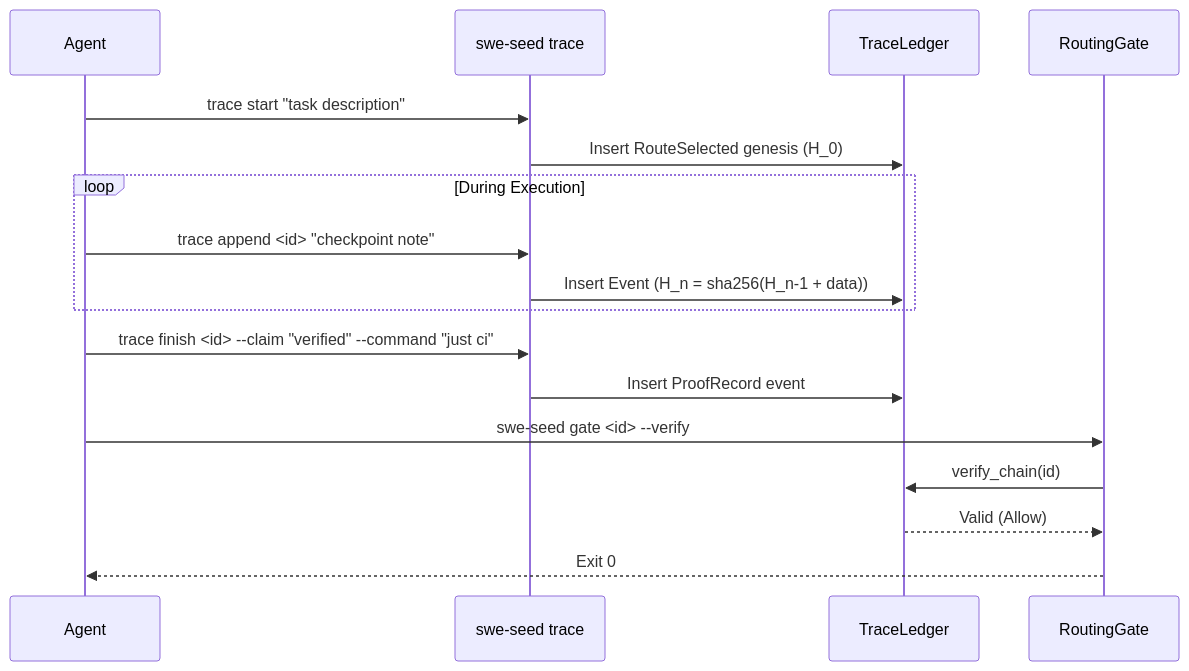
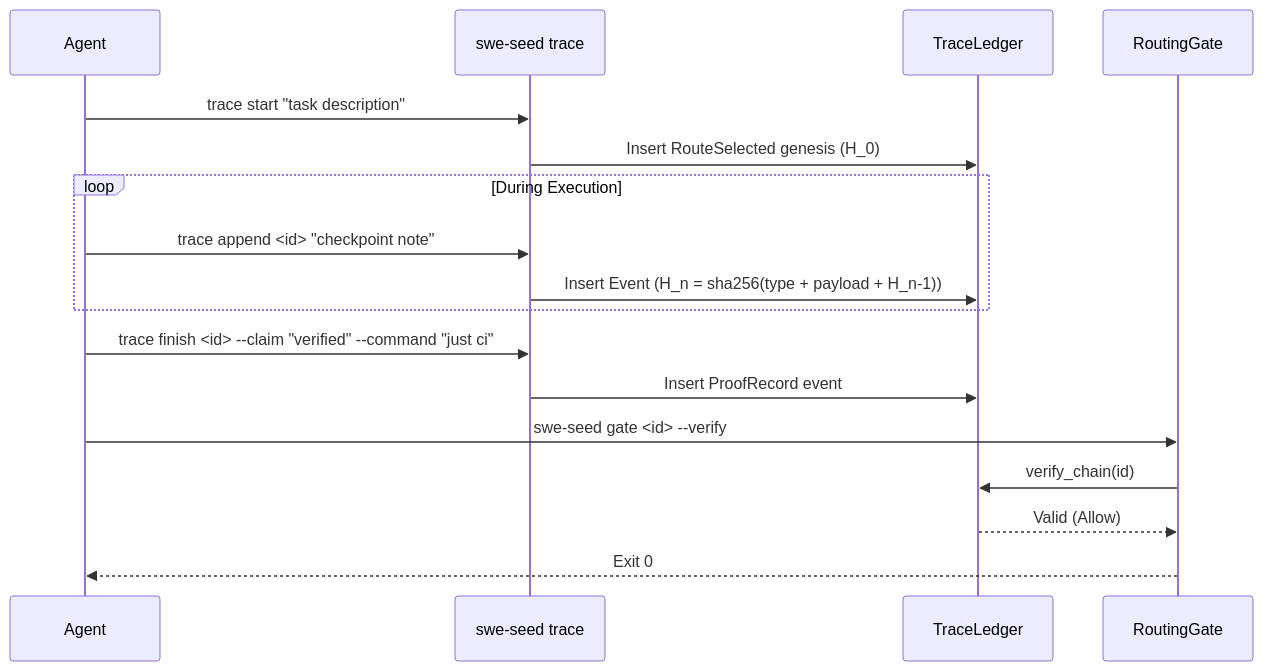
Before and after one commit to GodSpeedAI/swe_seed: the third of 3 diagrams in docs/subsystems/trace-ledger.md, drawn with Mermaid. The commit also changed other lines of this file and 29 other files, not shown here.

````diff
--- a/docs/subsystems/trace-ledger.md
+++ b/docs/subsystems/trace-ledger.md
@@ -91,23 +118,23 @@
 ```mermaid
 sequenceDiagram
     participant Agent
     participant CLI as swe-seed trace
     participant Ledger as TraceLedger
     participant Gate as RoutingGate
 
     Agent->>CLI: trace start "task description"
     CLI->>Ledger: Insert RouteSelected genesis (H_0)
 
     loop During Execution
         Agent->>CLI: trace append <id> "checkpoint note"
-        CLI->>Ledger: Insert Event (H_n = sha256(H_n-1 + data))
+        CLI->>Ledger: Insert Event (H_n = sha256(type + payload + H_n-1))
     end
 
     Agent->>CLI: trace finish <id> --claim "verified" --command "just ci"
     CLI->>Ledger: Insert ProofRecord event
 
     Agent->>Gate: swe-seed gate <id> --verify
     Gate->>Ledger: verify_chain(id)
     Ledger-->>Gate: Valid (Allow)
     Gate-->>Agent: Exit 0
 ```
````
